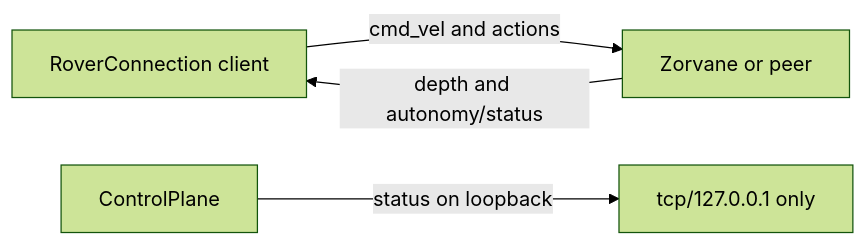
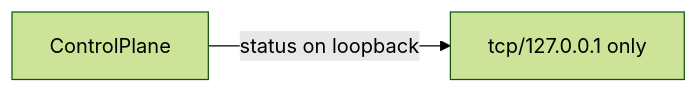
The second of 2 diagrams in docs/architecture.md (Super-Yojan/Terra), drawn with Mermaid (forest theme) before and after one commit. The commit also changed other lines of this file and 13 other files, not shown here.

````diff
--- a/docs/architecture.md
+++ b/docs/architecture.md
@@ -51,6 +51,4 @@
 ```mermaid
 flowchart LR
-  Client[RoverConnection client] -->|cmd_vel and actions| Peer[Zorvane or peer]
-  Peer -->|depth and autonomy/status| Client
   Dash[ControlPlane] -->|status on loopback| Local[tcp/127.0.0.1 only]
 ```
````
